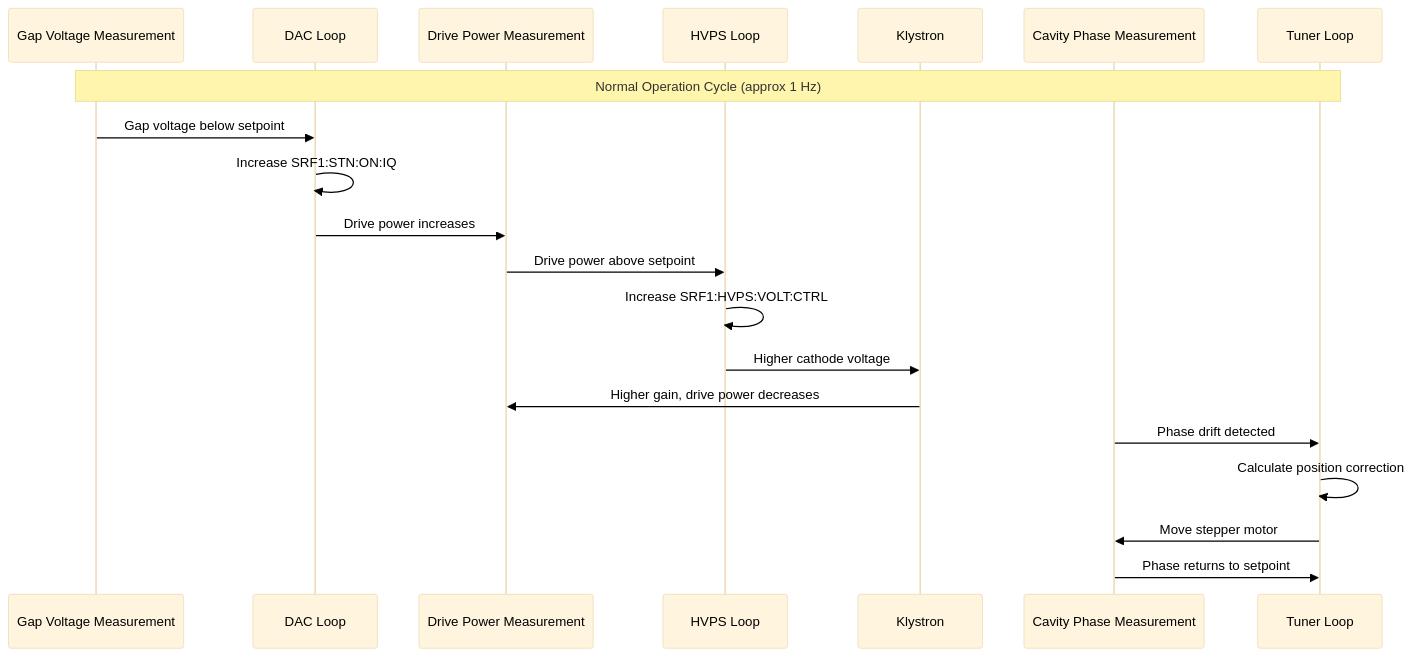
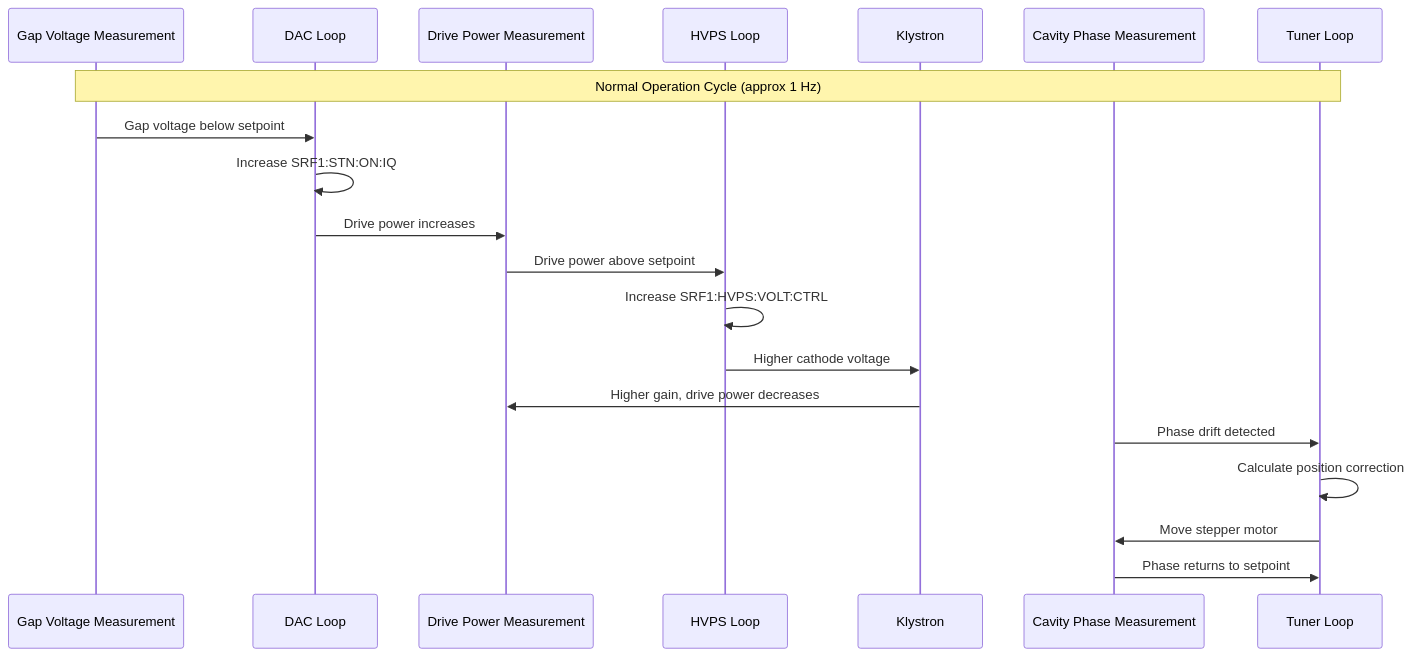
The fourth of 18 diagrams in SPEAR3_LLRF_COMPREHENSIVE_ANALYSIS.md (fayaw/spearlegacyLLRF), drawn with Mermaid before and after one commit. The commit also changed other lines of this file, not shown here.

First line of the commit message:
Fix font sizing in mermaid diagrams: remove black text, increase element font sizes

````diff
--- a/SPEAR3_LLRF_COMPREHENSIVE_ANALYSIS.md
+++ b/SPEAR3_LLRF_COMPREHENSIVE_ANALYSIS.md
@@ -189,27 +190,27 @@
 ```mermaid
-%%{init: {'theme':'base', 'themeVariables': {'fontSize': '20px', 'fontFamily': 'Arial', 'primaryTextColor': '#000000'}}}%%
+%%{config: {"sequence": {"messageFontSize": 20, "actorFontSize": 20, "noteFontSize": 20}}}%%
 sequenceDiagram
  participant Gap as Gap Voltage Measurement
  participant DAC as DAC Loop
  participant Drive as Drive Power Measurement
  participant HVPS as HVPS Loop
  participant Klystron as Klystron
  participant Cavity as Cavity Phase Measurement
  participant Tuner as Tuner Loop
  
  Note over Gap,Tuner: Normal Operation Cycle (approx 1 Hz)
  
  Gap->>DAC: Gap voltage below setpoint
  DAC->>DAC: Increase SRF1:STN:ON:IQ
  DAC->>Drive: Drive power increases
  
  Drive->>HVPS: Drive power above setpoint
  HVPS->>HVPS: Increase SRF1:HVPS:VOLT:CTRL
  HVPS->>Klystron: Higher cathode voltage
  Klystron->>Drive: Higher gain, drive power decreases
  
  Cavity->>Tuner: Phase drift detected
  Tuner->>Tuner: Calculate position correction
  Tuner->>Cavity: Move stepper motor
  Cavity->>Tuner: Phase returns to setpoint
 ```
````
